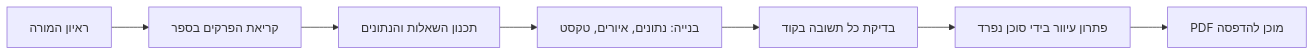
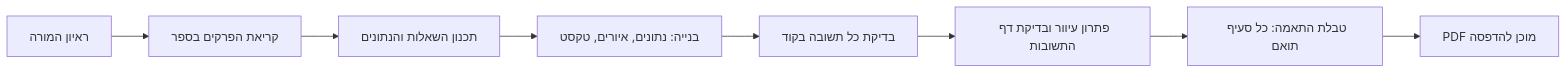
One commit to roeea2/rosen-exam-builder changed the diagram in README.md. Above: the diagram before and after it, drawn with Mermaid. The commit also changed other lines of this file and 5 other files, not shown here.

````diff
--- a/README.md
+++ b/README.md
@@ -42,9 +42,10 @@
 ```mermaid
 flowchart LR
     A[ראיון המורה] --> B[קריאת הפרקים בספר]
     B --> C[תכנון השאלות והנתונים]
     C --> D[בנייה: נתונים, איורים, טקסט]
     D --> E[בדיקת כל תשובה בקוד]
-    E --> F[פתרון עיוור בידי סוכן נפרד]
-    F --> G[PDF מוכן להדפסה]
+    E --> F[פתרון עיוור ובדיקת דף התשובות]
+    F --> H[טבלת התאמה: כל סעיף תואם]
+    H --> G[PDF מוכן להדפסה]
 ```
````
